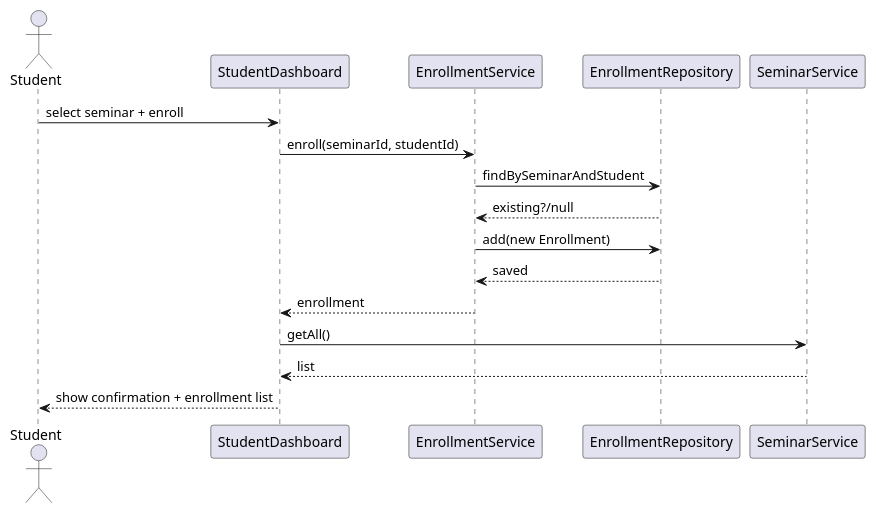
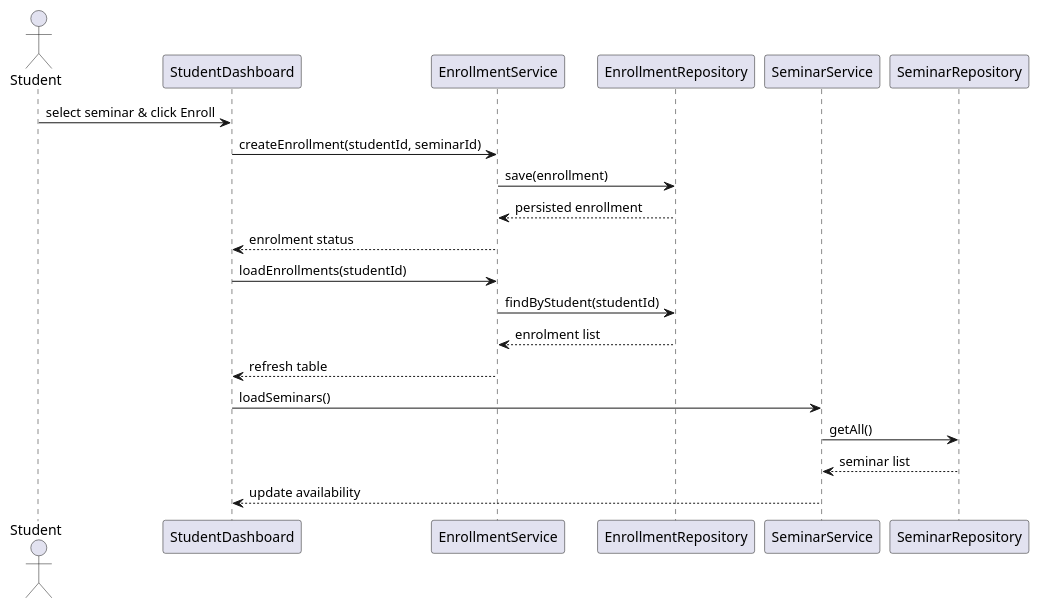
One commit to ASHRAF-2004/Seminar-Management-System changed the diagram in diagrams/sequence_student_enroll.puml. Above: the diagram before and after it, drawn with PlantUML. The commit also changed 4 other files, not shown here.

Commit message:
Add markdown report and refresh UML diagrams

```diff
--- a/diagrams/sequence_student_enroll.puml
+++ b/diagrams/sequence_student_enroll.puml
@@ -1,18 +1,22 @@
 @startuml
 actor Student
 participant StudentDashboard
 participant EnrollmentService
 participant EnrollmentRepository
 participant SeminarService
+participant SeminarRepository
 
-Student -> StudentDashboard: select seminar + enroll
-StudentDashboard -> EnrollmentService: enroll(seminarId, studentId)
-EnrollmentService -> EnrollmentRepository: findBySeminarAndStudent
-EnrollmentRepository --> EnrollmentService: existing?/null
-EnrollmentService -> EnrollmentRepository: add(new Enrollment)
-EnrollmentRepository --> EnrollmentService: saved
-EnrollmentService --> StudentDashboard: enrollment
-StudentDashboard -> SeminarService: getAll()
-SeminarService --> StudentDashboard: list
-StudentDashboard --> Student: show confirmation + enrollment list
+Student -> StudentDashboard : select seminar & click Enroll
+StudentDashboard -> EnrollmentService : createEnrollment(studentId, seminarId)
+EnrollmentService -> EnrollmentRepository : save(enrollment)
+EnrollmentRepository --> EnrollmentService : persisted enrollment
+EnrollmentService --> StudentDashboard : enrolment status
+StudentDashboard -> EnrollmentService : loadEnrollments(studentId)
+EnrollmentService -> EnrollmentRepository : findByStudent(studentId)
+EnrollmentRepository --> EnrollmentService : enrolment list
+EnrollmentService --> StudentDashboard : refresh table
+StudentDashboard -> SeminarService : loadSeminars()
+SeminarService -> SeminarRepository : getAll()
+SeminarRepository --> SeminarService : seminar list
+SeminarService --> StudentDashboard : update availability
 @enduml
```
